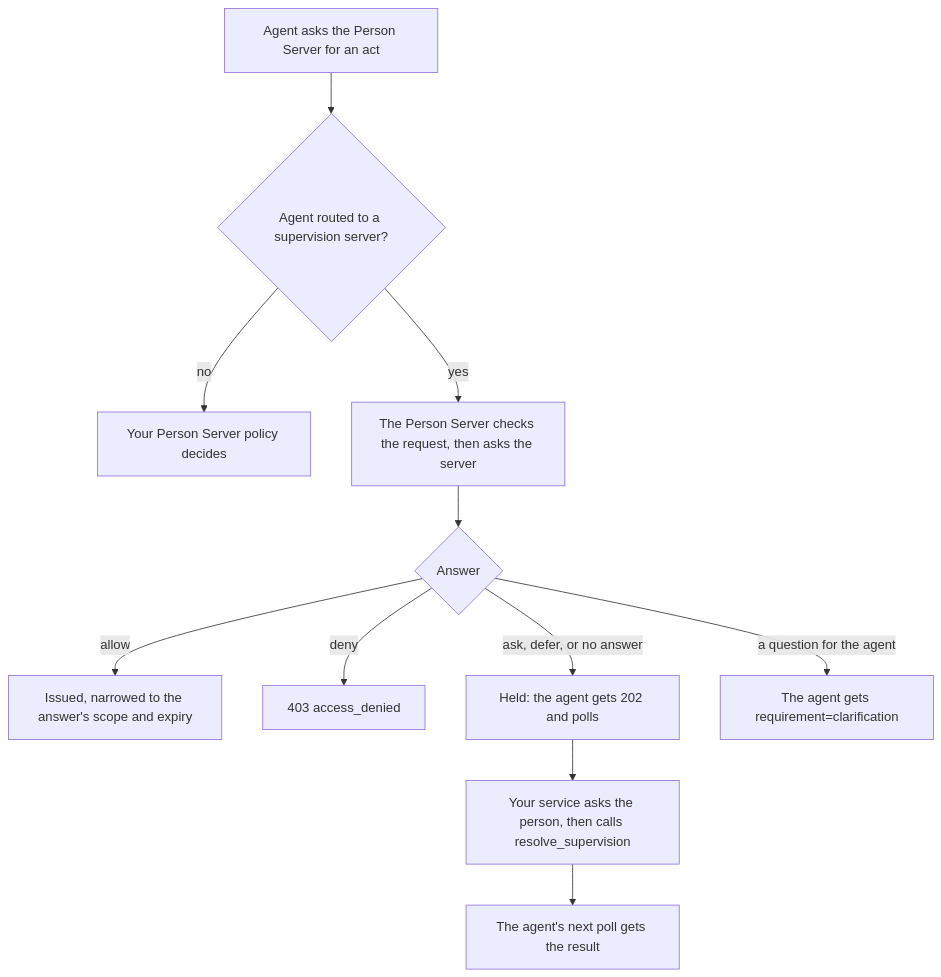
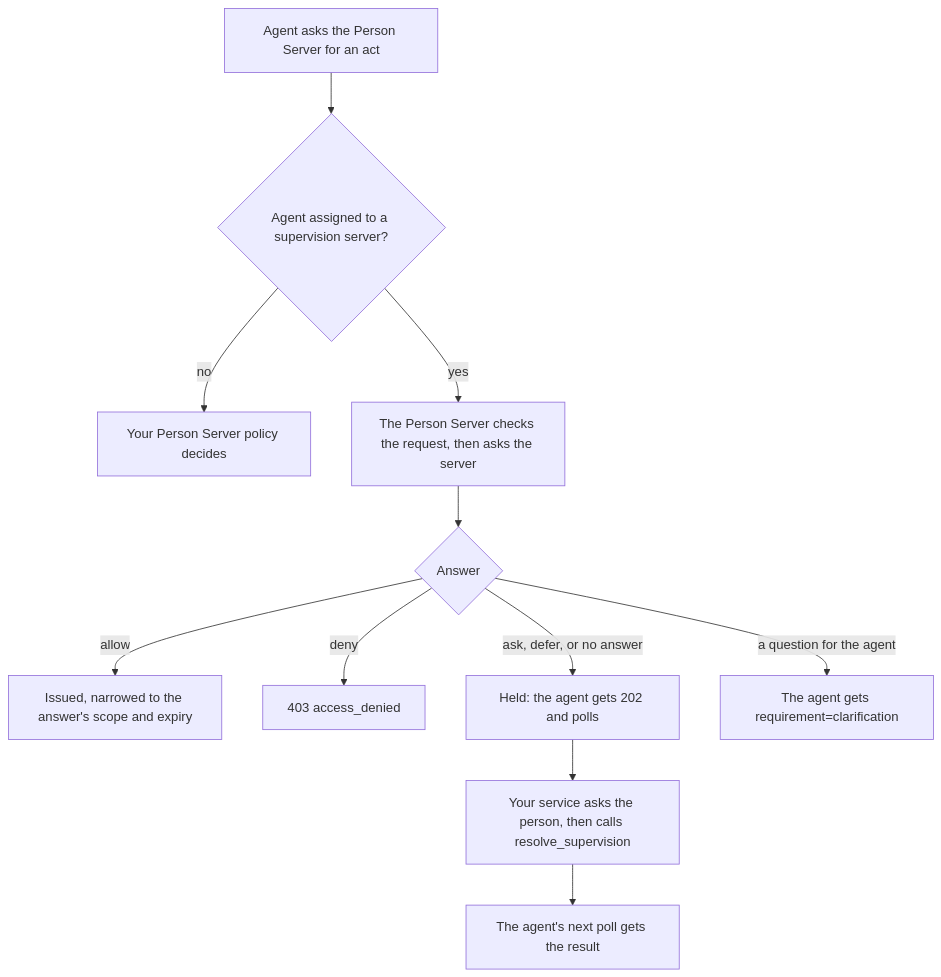
One commit to sidecat-dev/aauth-rust changed the diagram in docs/features/supervision.md. Above: the diagram before and after it, drawn with Mermaid. The commit also changed other lines of this file and 13 other files, not shown here.

````diff
--- a/docs/features/supervision.md
+++ b/docs/features/supervision.md
@@ -17,13 +17,13 @@
 ```mermaid
 flowchart TD
-    A[Agent asks the Person Server for an act] --> B{Agent routed to a supervision server?}
+    A[Agent asks the Person Server for an act] --> B{Agent assigned to a supervision server?}
     B -->|no| P[Your Person Server policy decides]
     B -->|yes| C[The Person Server checks the request, then asks the server]
     C --> D{Answer}
     D -->|allow| E[Issued, narrowed to the answer's scope and expiry]
     D -->|deny| F[403 access_denied]
     D -->|ask, defer, or no answer| G[Held: the agent gets 202 and polls]
     D -->|a question for the agent| H[The agent gets requirement=clarification]
     G --> I[Your service asks the person, then calls resolve_supervision]
     I --> J[The agent's next poll gets the result]
 ```
````
